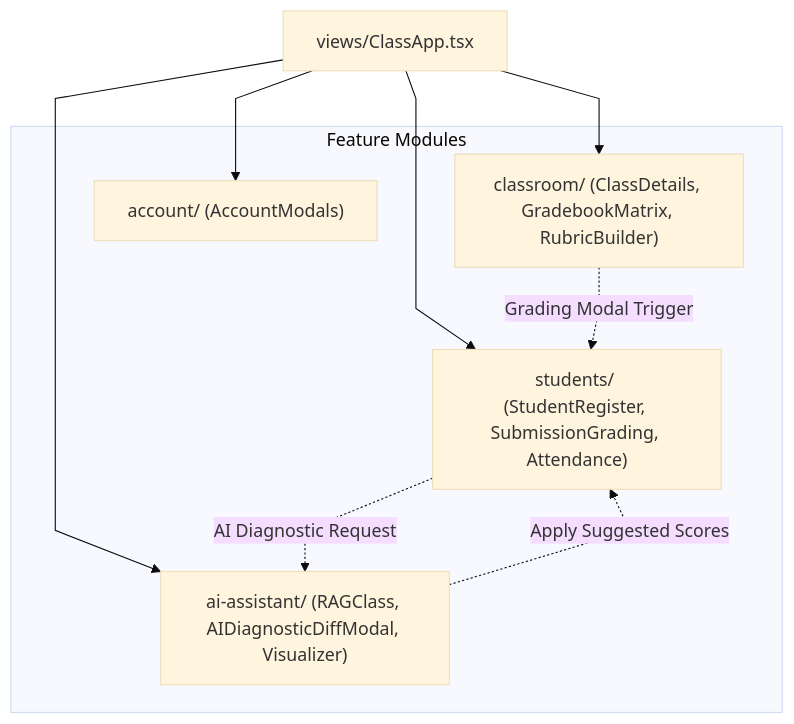
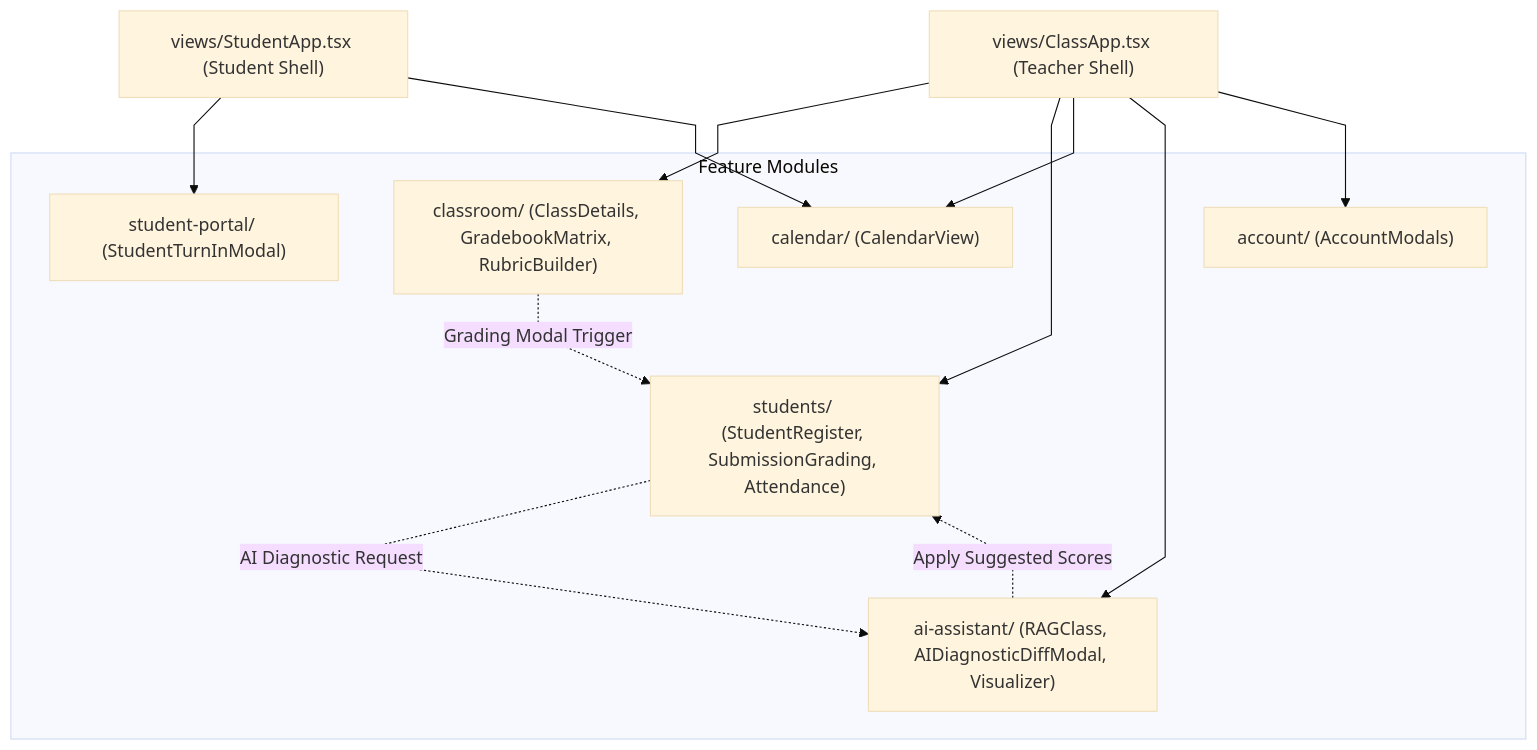
The diagram in frontend/src/features/code.ARCH.md (VictorBravo9er/Teacher-Assistant-Workspace), drawn with Mermaid (base theme) before and after one commit. The commit also changed 21 other files, not shown here.

````diff
--- a/frontend/src/features/code.ARCH.md
+++ b/frontend/src/features/code.ARCH.md
@@ -9,21 +9,28 @@
 ```mermaid
 %%{init: {'flowchart': {'curve': 'linear'}}}%%
 flowchart TD
-    ClassApp["views/ClassApp.tsx"]
+    ClassApp["views/ClassApp.tsx (Teacher Shell)"]
+    StudentApp["views/StudentApp.tsx (Student Shell)"]
     
     subgraph Features["Feature Modules"]
         Classroom["classroom/ (ClassDetails, GradebookMatrix, RubricBuilder)"]
         Students["students/ (StudentRegister, SubmissionGrading, Attendance)"]
+        StudentPortal["student-portal/ (StudentTurnInModal)"]
+        Calendar["calendar/ (CalendarView)"]
         AI["ai-assistant/ (RAGClass, AIDiagnosticDiffModal, Visualizer)"]
         Account["account/ (AccountModals)"]
     end
 
     ClassApp --> Classroom
     ClassApp --> Students
+    ClassApp --> Calendar
     ClassApp --> AI
     ClassApp --> Account
+
+    StudentApp --> StudentPortal
+    StudentApp --> Calendar
 
     Classroom -.->|Grading Modal Trigger| Students
     Students -.->|AI Diagnostic Request| AI
     AI -.->|Apply Suggested Scores| Students
 ```
````
